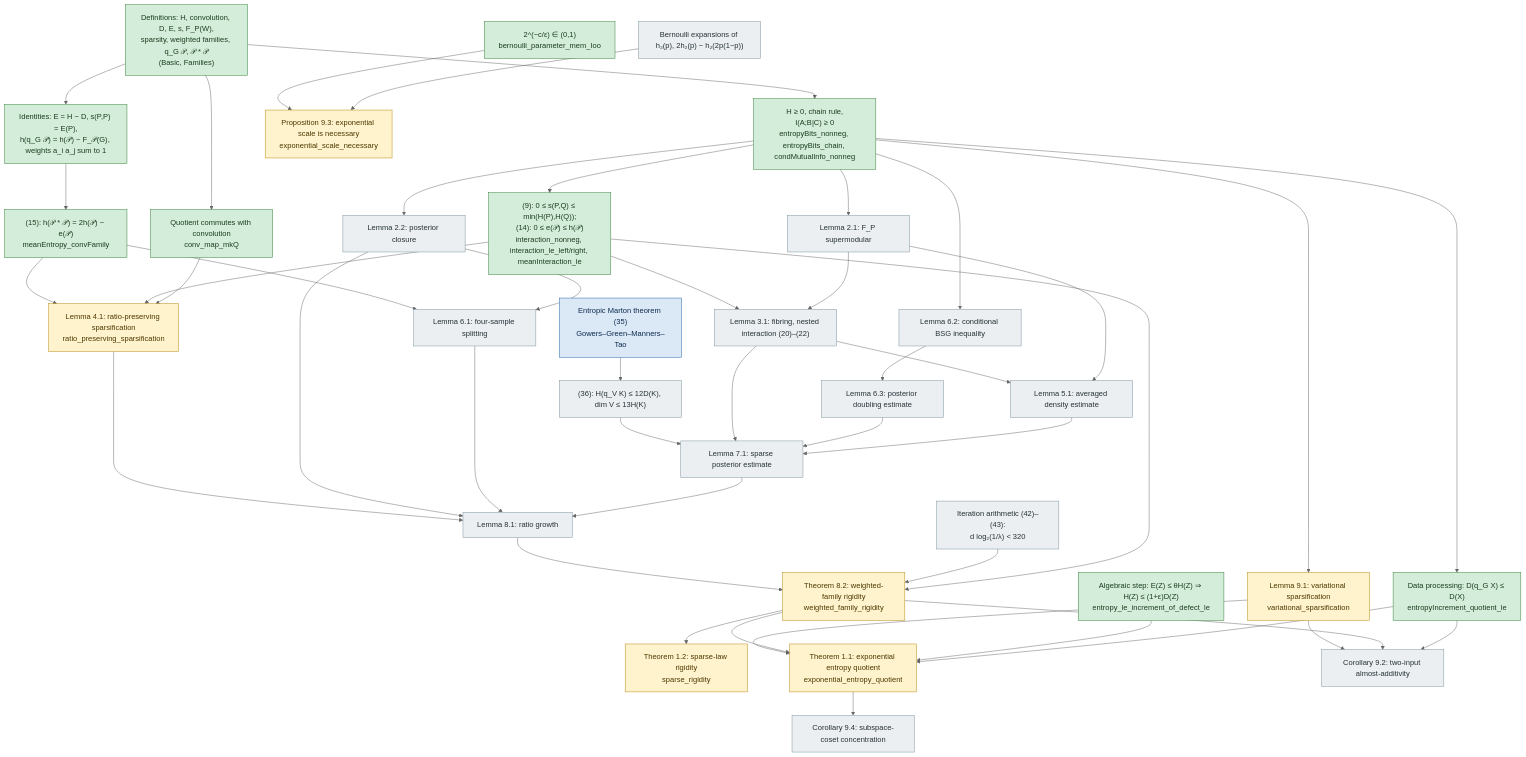
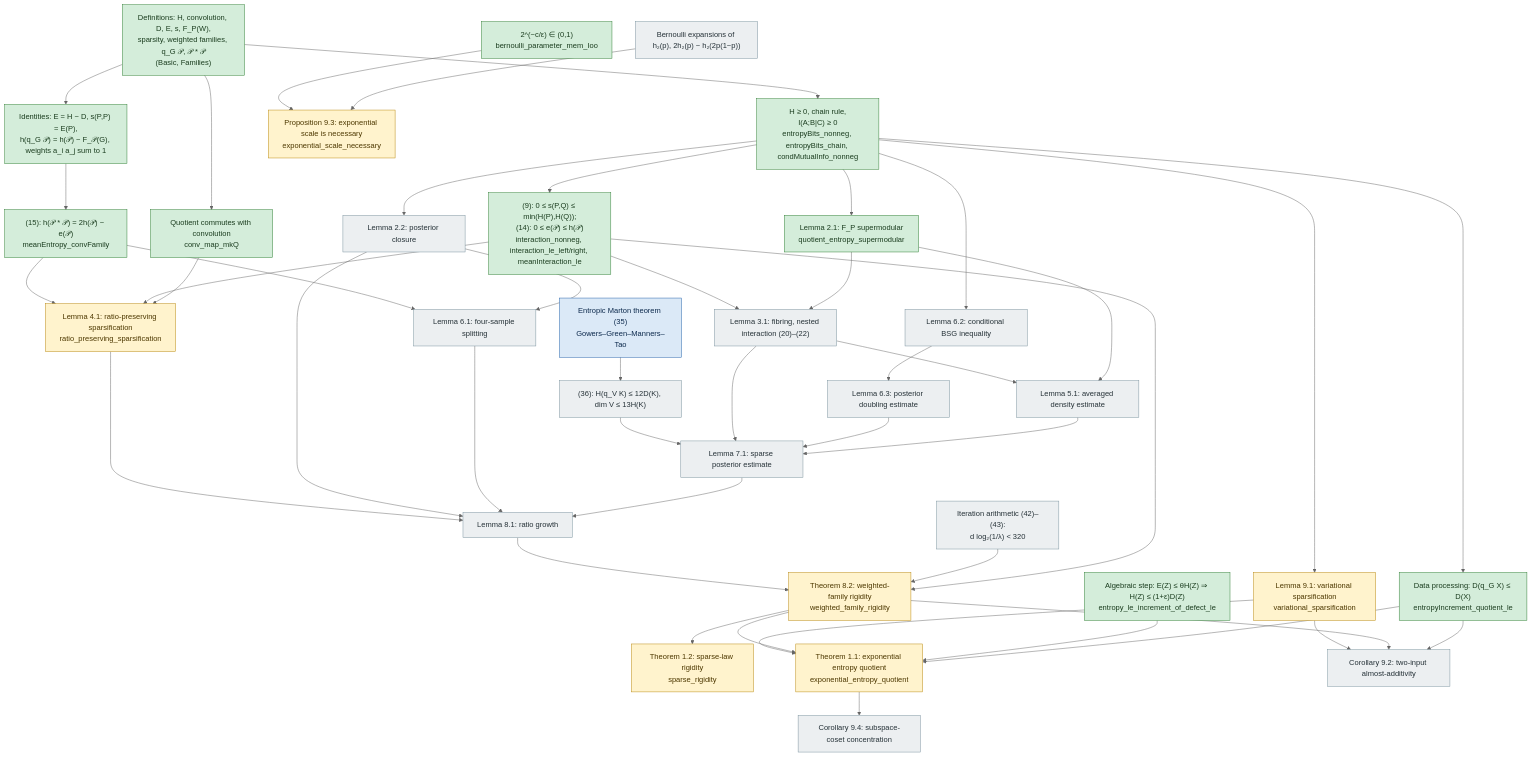
One commit to JosiahPark/entropy-quotients-lean changed the diagram in docs/DEPENDENCIES.md. Above: the diagram before and after it, drawn with Mermaid (neutral theme).

Commit message:
docs: mark Lemma 2.1 (supermodularity) proved in DEPENDENCIES (B6, CI green)

```diff
--- a/docs/DEPENDENCIES.md
+++ b/docs/DEPENDENCIES.md
@@ -30,7 +30,7 @@
   DP["Data processing: D(q_G X) ≤ D(X)<br/>entropyIncrement_quotient_le"]:::proved
   E15["(15): h(𝒫 * 𝒫) = 2h(𝒫) − e(𝒫)<br/>meanEntropy_convFamily"]:::proved
   QC["Quotient commutes with convolution<br/>conv_map_mkQ"]:::proved
-  L21["Lemma 2.1: F_P supermodular"]:::missing
+  L21["Lemma 2.1: F_P supermodular<br/>quotient_entropy_supermodular"]:::proved
   L22["Lemma 2.2: posterior closure"]:::missing
 
   %% Sections 3-7
```
